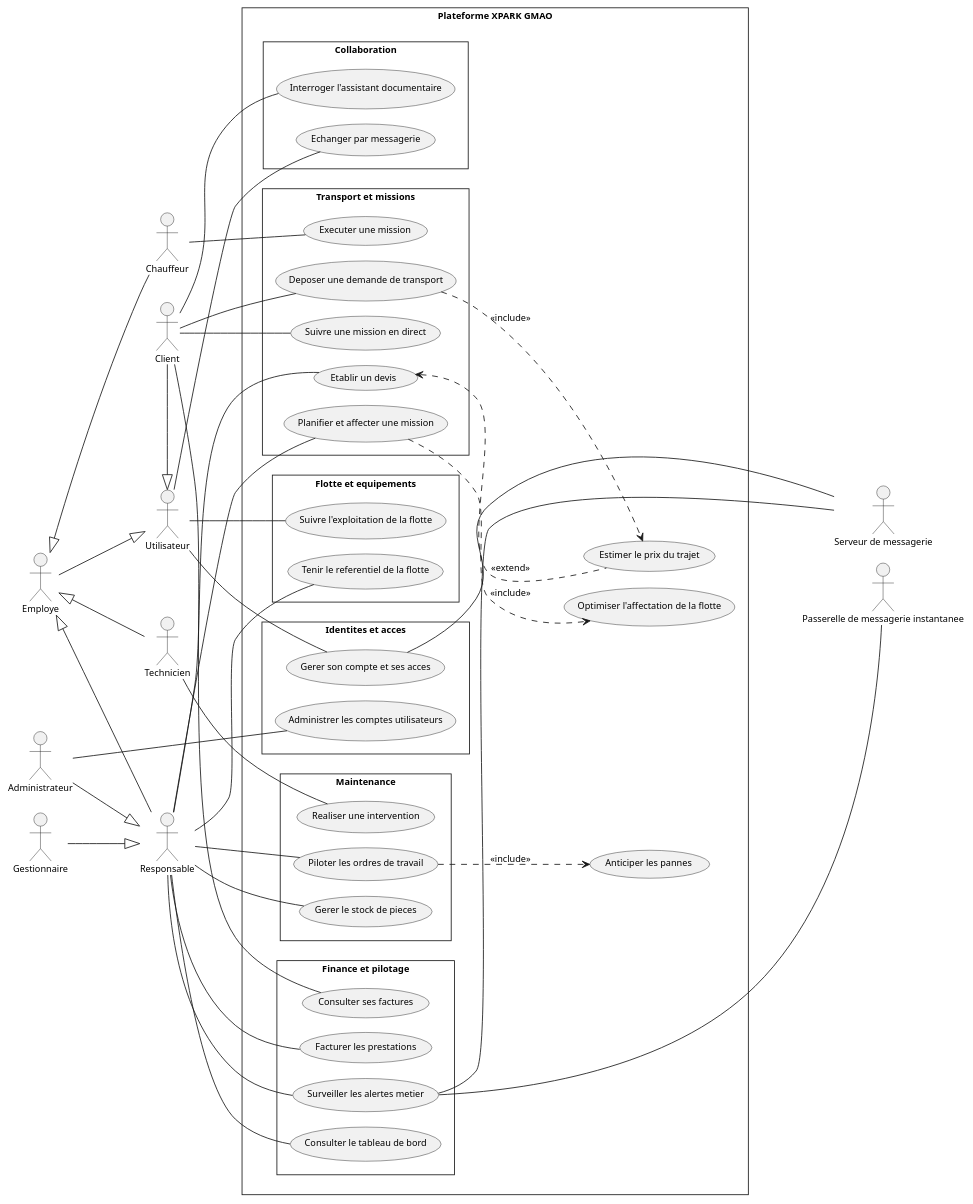
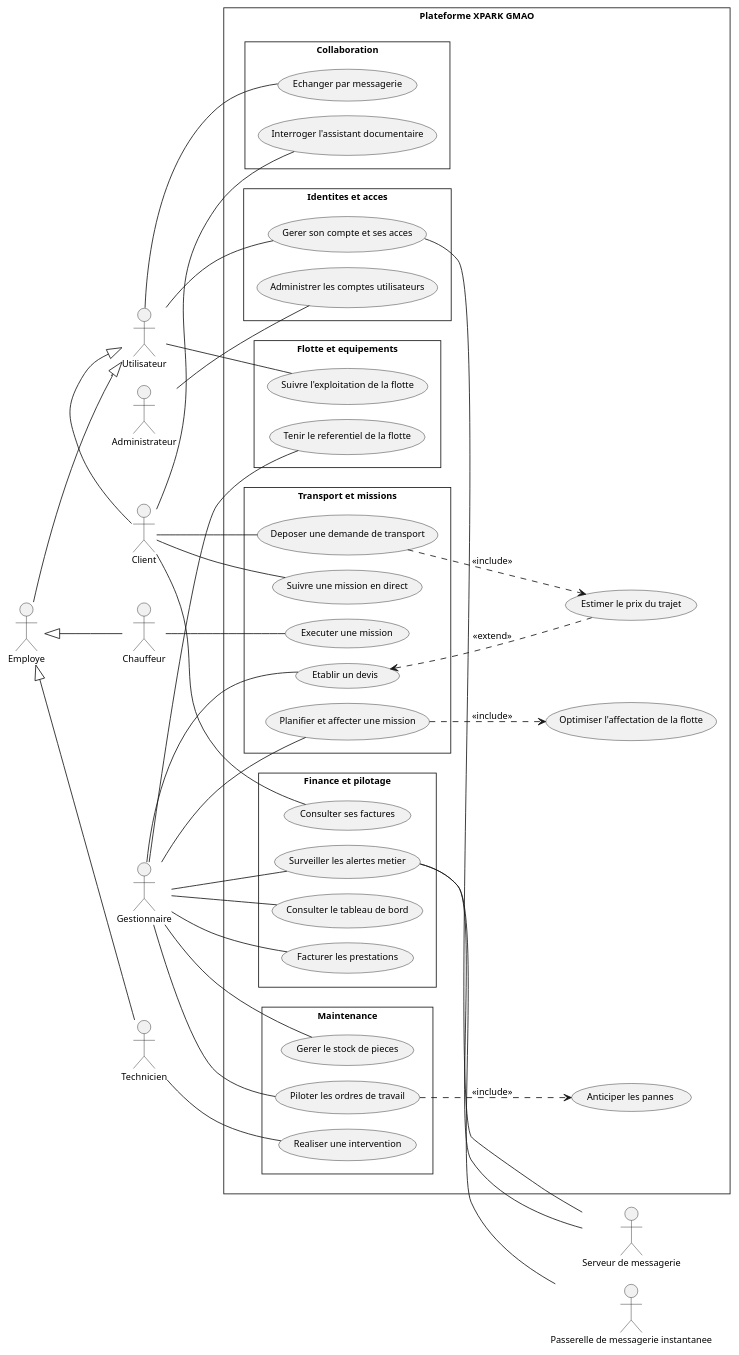
One commit to saber-barhoumi/Xpark-gmao changed the diagram in docs/diagrams/platform/platform-usecase-global.puml. Above: the diagram before and after it, drawn with PlantUML. The commit also changed 10 other files, not shown here.

```diff
--- a/docs/diagrams/platform/platform-usecase-global.puml
+++ b/docs/diagrams/platform/platform-usecase-global.puml
@@ -1,128 +1,107 @@
 @startuml
 skinparam style strictuml
 skinparam packageStyle rectangle
 skinparam shadowing false
 skinparam defaultFontName Verdana
 skinparam defaultFontSize 11
 skinparam backgroundColor #FFFFFF
 skinparam nodesep 18
 skinparam ranksep 80
 left to right direction
 
 ' =====================================================================
-'  Cas d'utilisation GLOBAL de la plateforme.
+'  Cas d'utilisation global XPARK GMAO.
 '
-'  Vue de synthese : un cas par capacite metier, et non le detail des
-'  services. Les diagrammes par service, dans microservices/, donnent
-'  le detail ; celui-ci donne la carte d'ensemble.
-'
-'  A ce niveau, les services d'aide a la decision sont INTERNES a la
-'  plateforme : seuls le serveur de messagerie et la passerelle de
-'  messagerie instantanee sont exterieurs au systeme.
+'  Vue de synthese conforme au projet reel : aucun cas n'est invente, et
+'  les relations sont limitees aux liens UML semantiques vrais.
 ' =====================================================================
 
-' Acteurs, alignes a gauche : les porteurs d'associations sont
-' accoles a la frontiere, les acteurs structurels a leur gauche
 actor "Utilisateur" as Utilisateur
 actor "Employe" as Employe
-actor "Responsable" as Responsable
 actor "Administrateur" as Administrateur
 actor "Gestionnaire" as Gestionnaire
 actor "Technicien" as Technicien
 actor "Chauffeur" as Chauffeur
 actor "Client" as Client
 
-' Generalisation : triangle creux, de l'enfant vers le parent
 Employe -down-|> Utilisateur
 Client -left-|> Utilisateur
-Responsable -up-|> Employe
-Administrateur -down-|> Responsable
-Gestionnaire -down-|> Responsable
 Technicien -up-|> Employe
 Chauffeur -up-|> Employe
 
 rectangle "Plateforme XPARK GMAO" {
 
   package "Identites et acces" {
     usecase "Gerer son compte et ses acces" as UC_Compte
     usecase "Administrer les comptes utilisateurs" as UC_AdminComptes
   }
 
   package "Flotte et equipements" {
     usecase "Suivre l'exploitation de la flotte" as UC_Exploitation
     usecase "Tenir le referentiel de la flotte" as UC_Referentiel
   }
 
   package "Transport et missions" {
     usecase "Deposer une demande de transport" as UC_Demande
     usecase "Etablir un devis" as UC_Devis
     usecase "Planifier et affecter une mission" as UC_Planifier
     usecase "Executer une mission" as UC_Executer
     usecase "Suivre une mission en direct" as UC_Suivre
   }
 
   package "Maintenance" {
     usecase "Realiser une intervention" as UC_Intervention
     usecase "Piloter les ordres de travail" as UC_OrdresTravail
     usecase "Gerer le stock de pieces" as UC_Stock
   }
 
   package "Finance et pilotage" {
     usecase "Facturer les prestations" as UC_Facturer
     usecase "Consulter ses factures" as UC_MesFactures
     usecase "Surveiller les alertes metier" as UC_Alertes
     usecase "Consulter le tableau de bord" as UC_TableauBord
   }
 
   package "Collaboration" {
     usecase "Echanger par messagerie" as UC_Messagerie
     usecase "Interroger l'assistant documentaire" as UC_Assistant
   }
 
-  ' Cas d'aide a la decision, atteints depuis les cas de base
   usecase "Estimer le prix du trajet" as UC_Estimation
   usecase "Optimiser l'affectation de la flotte" as UC_Optimisation
   usecase "Anticiper les pannes" as UC_Prediction
 }
 
-' Acteurs secondaires, hors frontiere
 actor "Serveur de messagerie" as SMTP
 actor "Passerelle de messagerie instantanee" as Twilio
 
-' Associations : trait continu sans fleche (relation d'association)
 Utilisateur -- UC_Compte
 Utilisateur -- UC_Exploitation
 Utilisateur -- UC_Messagerie
 Administrateur -- UC_AdminComptes
-Responsable -- UC_Referentiel
-Responsable -- UC_Devis
-Responsable -- UC_Planifier
-Responsable -- UC_OrdresTravail
-Responsable -- UC_Stock
-Responsable -- UC_Facturer
-Responsable -- UC_Alertes
-Responsable -- UC_TableauBord
+Gestionnaire -- UC_Referentiel
+Gestionnaire -- UC_Devis
+Gestionnaire -- UC_Planifier
+Gestionnaire -- UC_OrdresTravail
+Gestionnaire -- UC_Stock
+Gestionnaire -- UC_Facturer
+Gestionnaire -- UC_Alertes
+Gestionnaire -- UC_TableauBord
 Technicien -- UC_Intervention
 Chauffeur -- UC_Executer
 Client -- UC_Demande
 Client -- UC_Suivre
 Client -- UC_MesFactures
 Client -- UC_Assistant
 
-' << include >> : du cas de base vers le cas obligatoire
 UC_Demande ..> UC_Estimation : << include >>
 UC_Planifier ..> UC_Optimisation : << include >>
 UC_OrdresTravail ..> UC_Prediction : << include >>
-
-' << extend >> : la pointe designe le cas de base
 UC_Devis <.. UC_Estimation : << extend >>
 
-' Acteurs secondaires : association simple, sans stereotype
 UC_Compte -down- SMTP
 UC_Alertes -down- SMTP
 UC_Alertes -down- Twilio
-UC_Estimation -[hidden]down- SMTP
-UC_Estimation -[hidden]down- Twilio
 SMTP -[hidden]right- Twilio
 
 @enduml
```
